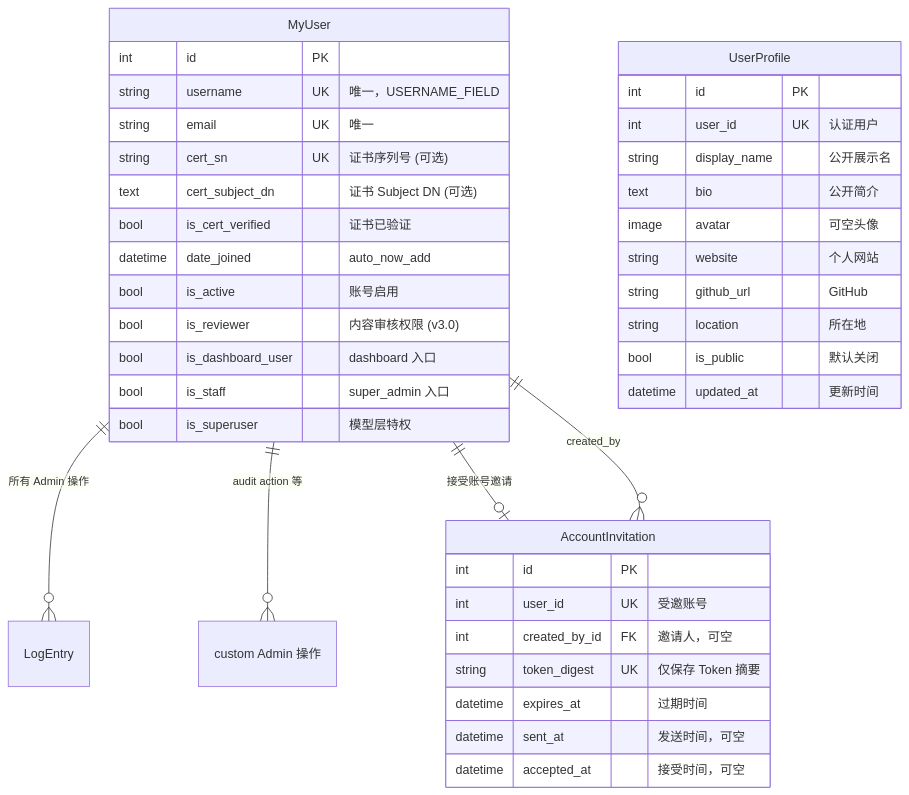
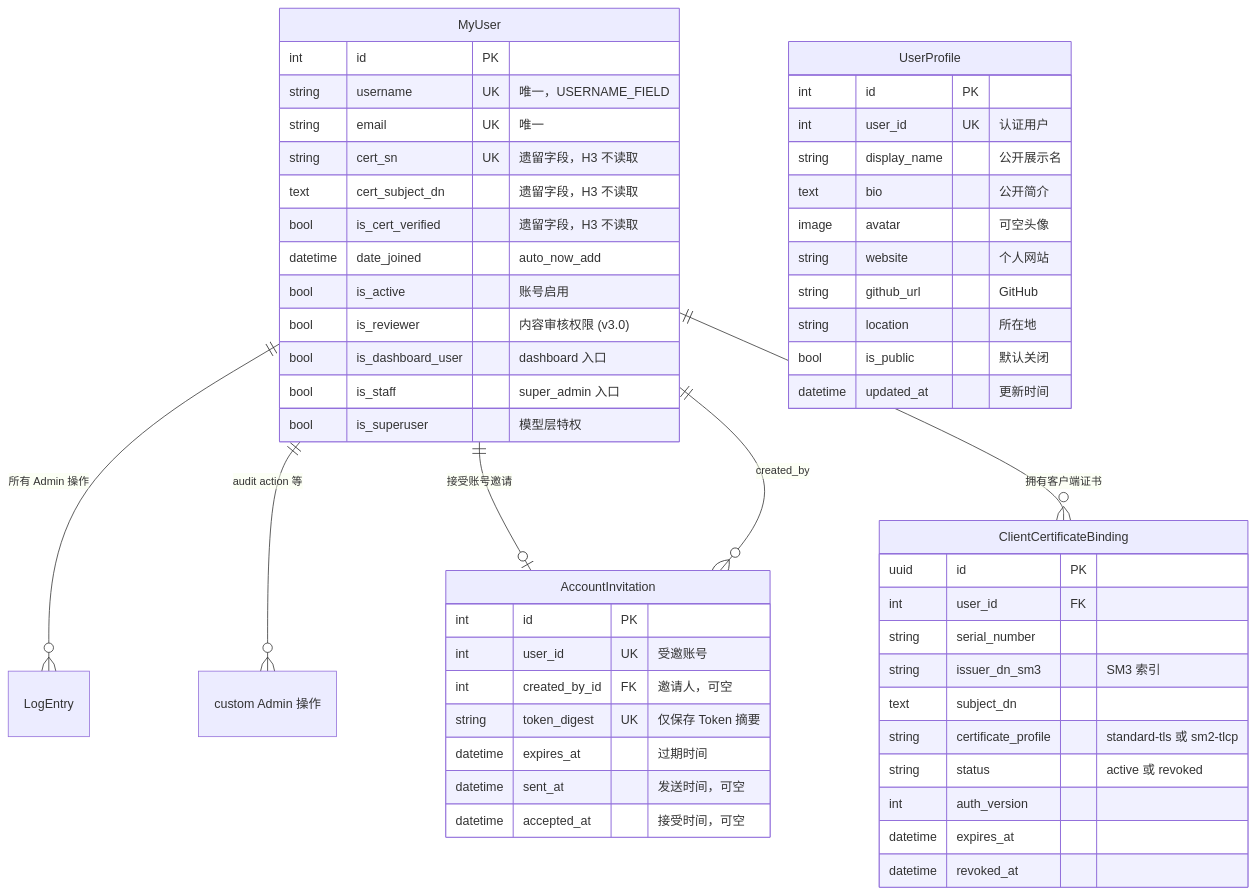
Before and after one commit to se-veN714/PowerAdapterBlogs: the sixth of 6 diagrams in accounts/DEVELOPMENT.md, drawn with Mermaid. The commit also changed other lines of this file and 36 other files, not shown here.

````diff
--- a/accounts/DEVELOPMENT.md
+++ b/accounts/DEVELOPMENT.md
@@ -558,45 +566,59 @@
 ```mermaid
 erDiagram
     MyUser ||--o{ LogEntry : "所有 Admin 操作"
     MyUser ||--o{ "custom Admin 操作" : "audit action 等"
     MyUser ||--o| AccountInvitation : "接受账号邀请"
     MyUser ||--o{ AccountInvitation : "created_by"
+    MyUser ||--o{ ClientCertificateBinding : "拥有客户端证书"
 
     MyUser {
         int id PK
         string username UK "唯一，USERNAME_FIELD"
         string email UK "唯一"
-        string cert_sn UK "证书序列号 (可选)"
-        text cert_subject_dn "证书 Subject DN (可选)"
-        bool is_cert_verified "证书已验证"
+        string cert_sn UK "遗留字段，H3 不读取"
+        text cert_subject_dn "遗留字段，H3 不读取"
+        bool is_cert_verified "遗留字段，H3 不读取"
         datetime date_joined "auto_now_add"
         bool is_active "账号启用"
         bool is_reviewer "内容审核权限 (v3.0)"
         bool is_dashboard_user "dashboard 入口"
         bool is_staff "super_admin 入口"
         bool is_superuser "模型层特权"
     }
 
     AccountInvitation {
         int id PK
         int user_id UK "受邀账号"
         int created_by_id FK "邀请人，可空"
         string token_digest UK "仅保存 Token 摘要"
         datetime expires_at "过期时间"
         datetime sent_at "发送时间，可空"
         datetime accepted_at "接受时间，可空"
     }
 
+    ClientCertificateBinding {
+        uuid id PK
+        int user_id FK
+        string serial_number
+        string issuer_dn_sm3 "SM3 索引"
+        text subject_dn
+        string certificate_profile "standard-tls 或 sm2-tlcp"
+        string status "active 或 revoked"
+        int auth_version
+        datetime expires_at
+        datetime revoked_at
+    }
+
     UserProfile {
         int id PK
         int user_id UK "认证用户"
         string display_name "公开展示名"
         text bio "公开简介"
         image avatar "可空头像"
         string website "个人网站"
         string github_url "GitHub"
         string location "所在地"
         bool is_public "默认关闭"
         datetime updated_at "更新时间"
     }
 ```
````
